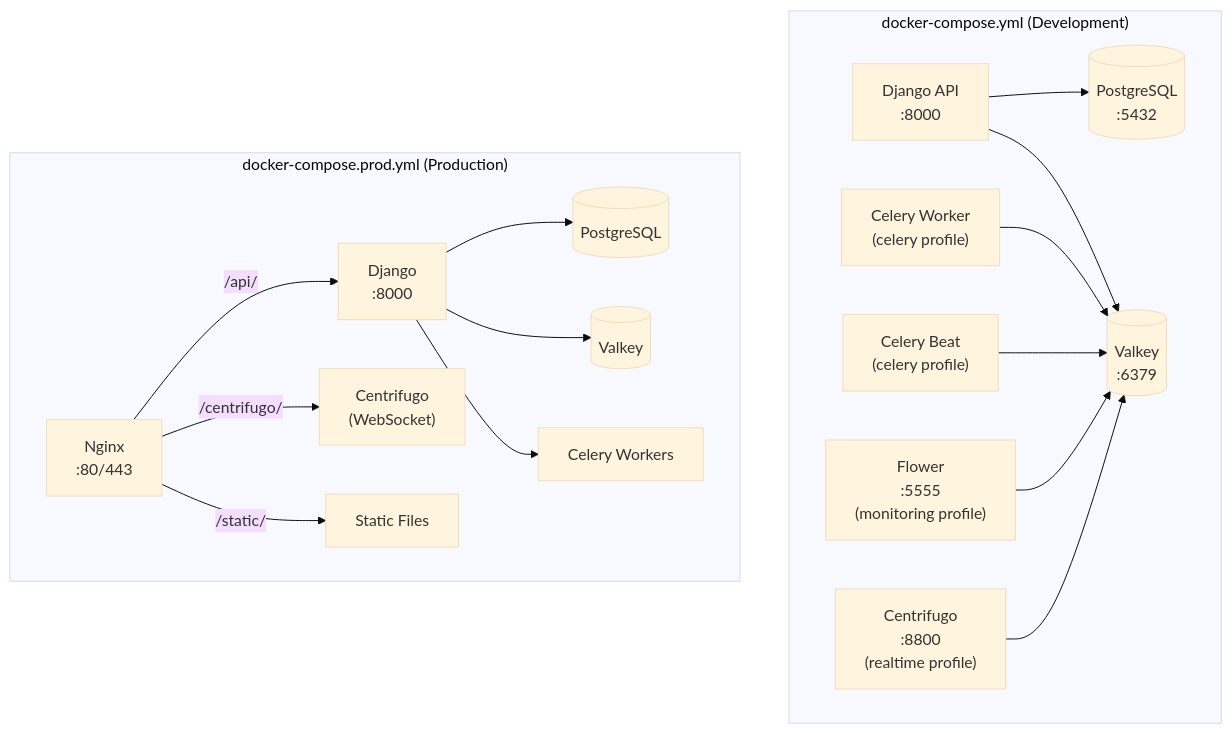
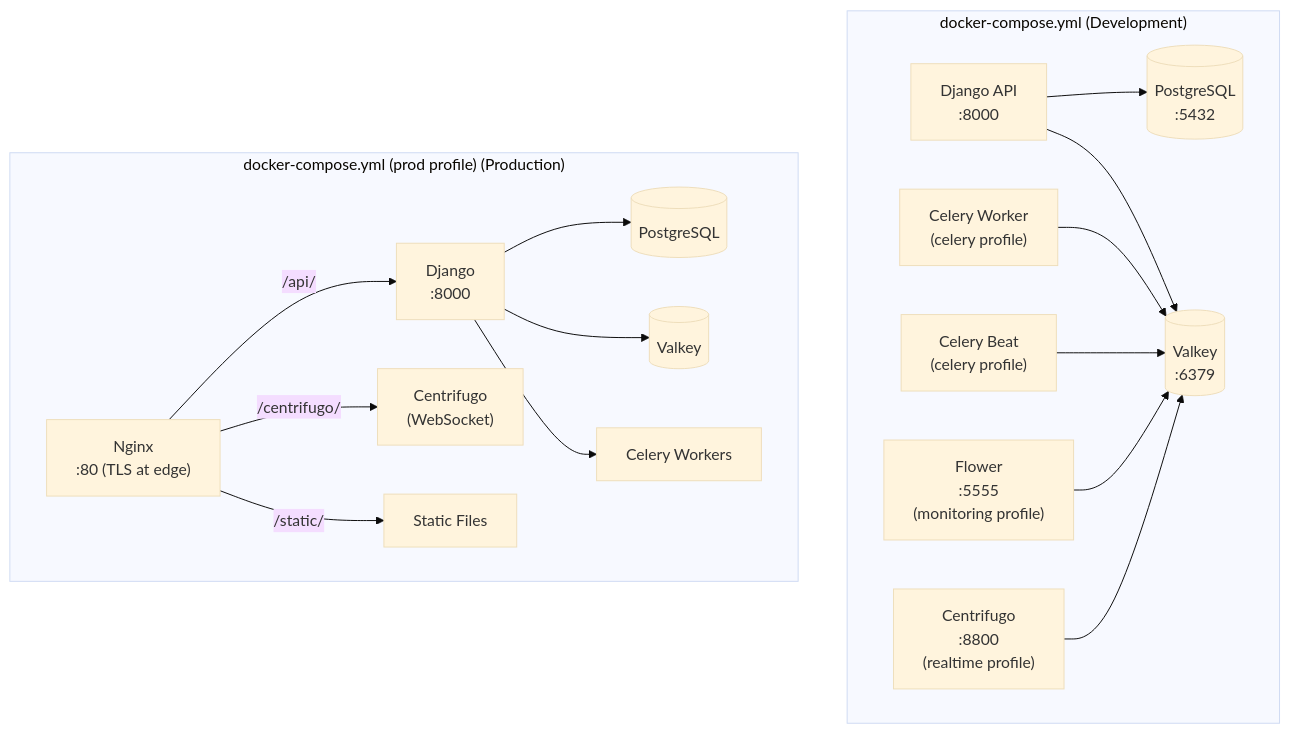
The seventh of 13 diagrams in docs/ARCHITECTURE.md (mattjaikaran/django-ninja-boilerplate), drawn with Mermaid (base theme) before and after one commit. The commit also changed 36 other files, not shown here.

````diff
--- a/docs/ARCHITECTURE.md
+++ b/docs/ARCHITECTURE.md
@@ -335,34 +335,34 @@
 ```mermaid
 graph TB
     subgraph Dev["docker-compose.yml (Development)"]
         DB[("PostgreSQL<br/>:5432")]
         REDIS[("Valkey<br/>:6379")]
         DJANGO["Django API<br/>:8000"]
         CENT["Centrifugo<br/>:8800<br/>(realtime profile)"]
         WORKER["Celery Worker<br/>(celery profile)"]
         BEAT["Celery Beat<br/>(celery profile)"]
         FLOWER["Flower<br/>:5555<br/>(monitoring profile)"]
 
         DJANGO --> DB
         DJANGO --> REDIS
         WORKER --> REDIS
         BEAT --> REDIS
         FLOWER --> REDIS
         CENT --> REDIS
     end
 
-    subgraph Prod["docker-compose.prod.yml (Production)"]
-        NGINX["Nginx<br/>:80/443"]
+    subgraph Prod["docker-compose.yml (prod profile) (Production)"]
+        NGINX["Nginx<br/>:80 (TLS at edge)"]
         DJPROD["Django<br/>:8000"]
         CENTPROD["Centrifugo<br/>(WebSocket)"]
         STATIC["Static Files"]
         DBPROD[("PostgreSQL")]
         REDPROD[("Valkey")]
         CELPROD["Celery Workers"]
 
         NGINX -->|"/api/"| DJPROD
         NGINX -->|"/centrifugo/"| CENTPROD
         NGINX -->|"/static/"| STATIC
         DJPROD --> DBPROD & REDPROD & CELPROD
     end
 ```
````
